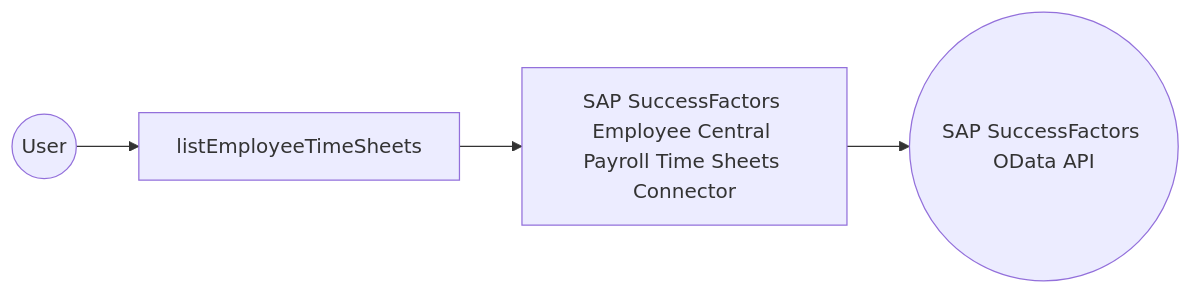
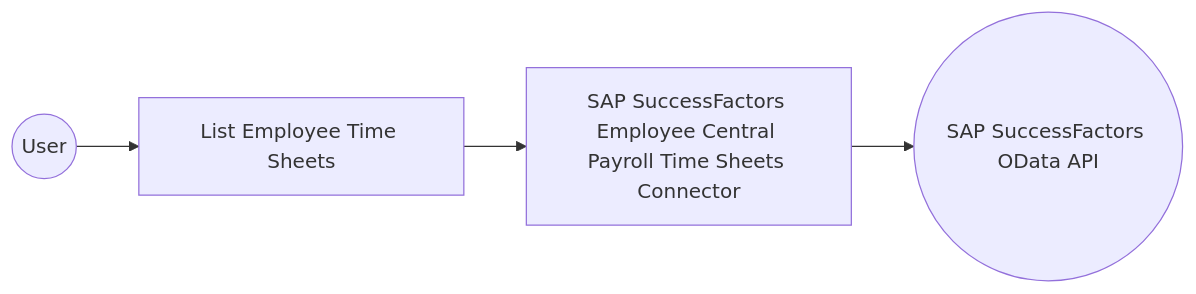
The diagram in en/docs/connectors/catalog/hrms/sap.successfactors.ecpayrolltimesheets/example.md (wso2/docs-integrator), drawn with Mermaid before and after one commit. The commit also changed other lines of this file and 6 other files, not shown here.

````diff
--- a/en/docs/connectors/catalog/hrms/sap.successfactors.ecpayrolltimesheets/example.md
+++ b/en/docs/connectors/catalog/hrms/sap.successfactors.ecpayrolltimesheets/example.md
@@ -12,6 +12,6 @@
 ```mermaid
 flowchart LR
-    A((User)) --> B[listEmployeeTimeSheets]
+    A((User)) --> B[List Employee Time Sheets]
     B --> C[SAP SuccessFactors Employee Central Payroll Time Sheets Connector]
     C --> D((SAP SuccessFactors OData API))
 ```
````
